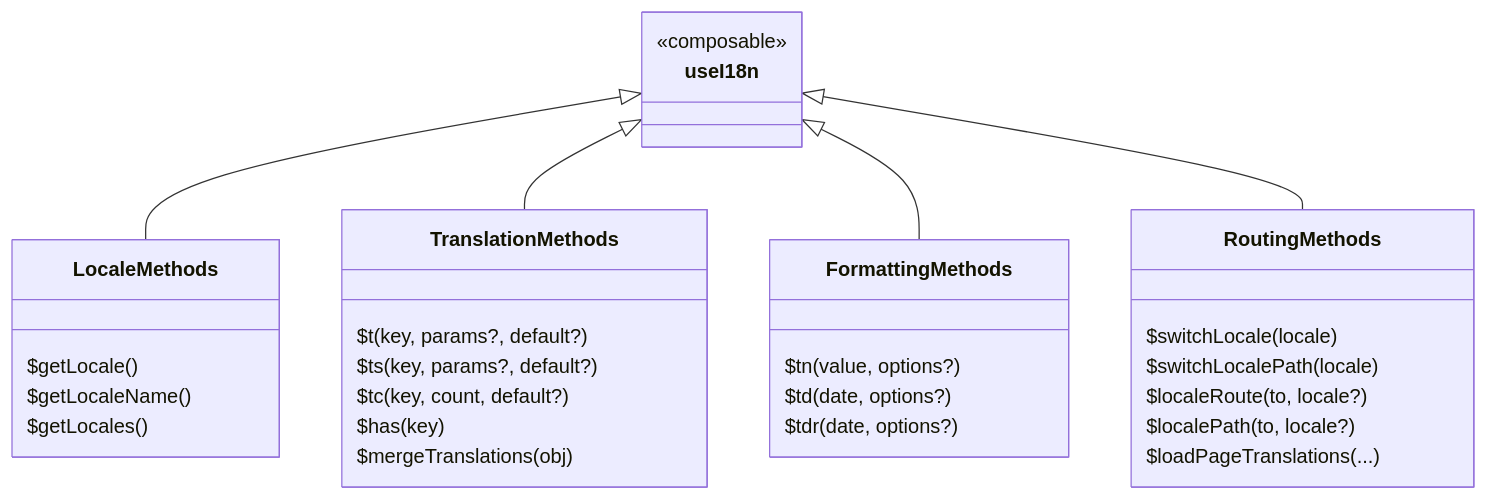
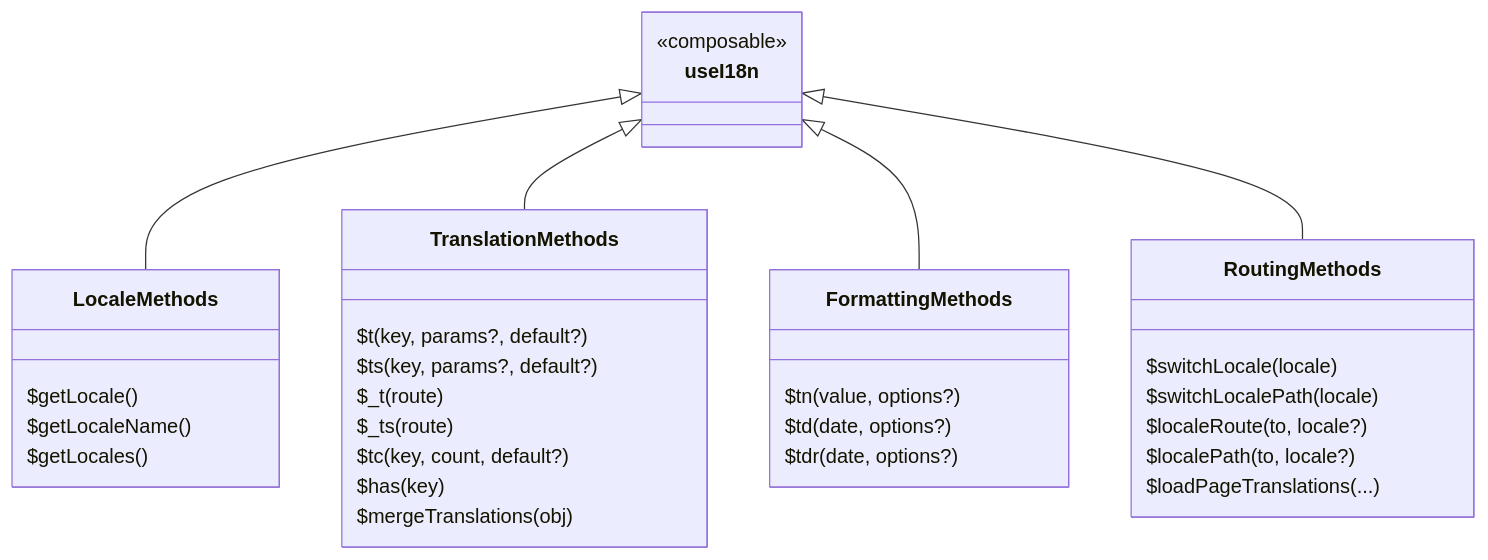
The diagram in docs/composables/useI18n.md (s00d/nuxt-i18n-micro), drawn with Mermaid before and after one commit. The commit also changed other lines of this file and 21 other files, not shown here.

````diff
--- a/docs/composables/useI18n.md
+++ b/docs/composables/useI18n.md
@@ -15,39 +15,41 @@
 ```mermaid
 classDiagram
     class useI18n {
         <<composable>>
     }
     
     class LocaleMethods {
         $getLocale()
         $getLocaleName()
         $getLocales()
     }
     
     class TranslationMethods {
         $t(key, params?, default?)
         $ts(key, params?, default?)
+        $_t(route)
+        $_ts(route)
         $tc(key, count, default?)
         $has(key)
         $mergeTranslations(obj)
     }
     
     class FormattingMethods {
         $tn(value, options?)
         $td(date, options?)
         $tdr(date, options?)
     }
     
     class RoutingMethods {
         $switchLocale(locale)
         $switchLocalePath(locale)
         $localeRoute(to, locale?)
         $localePath(to, locale?)
         $loadPageTranslations(...)
     }
     
     useI18n <|-- LocaleMethods
     useI18n <|-- TranslationMethods
     useI18n <|-- FormattingMethods
     useI18n <|-- RoutingMethods
 ```
````
